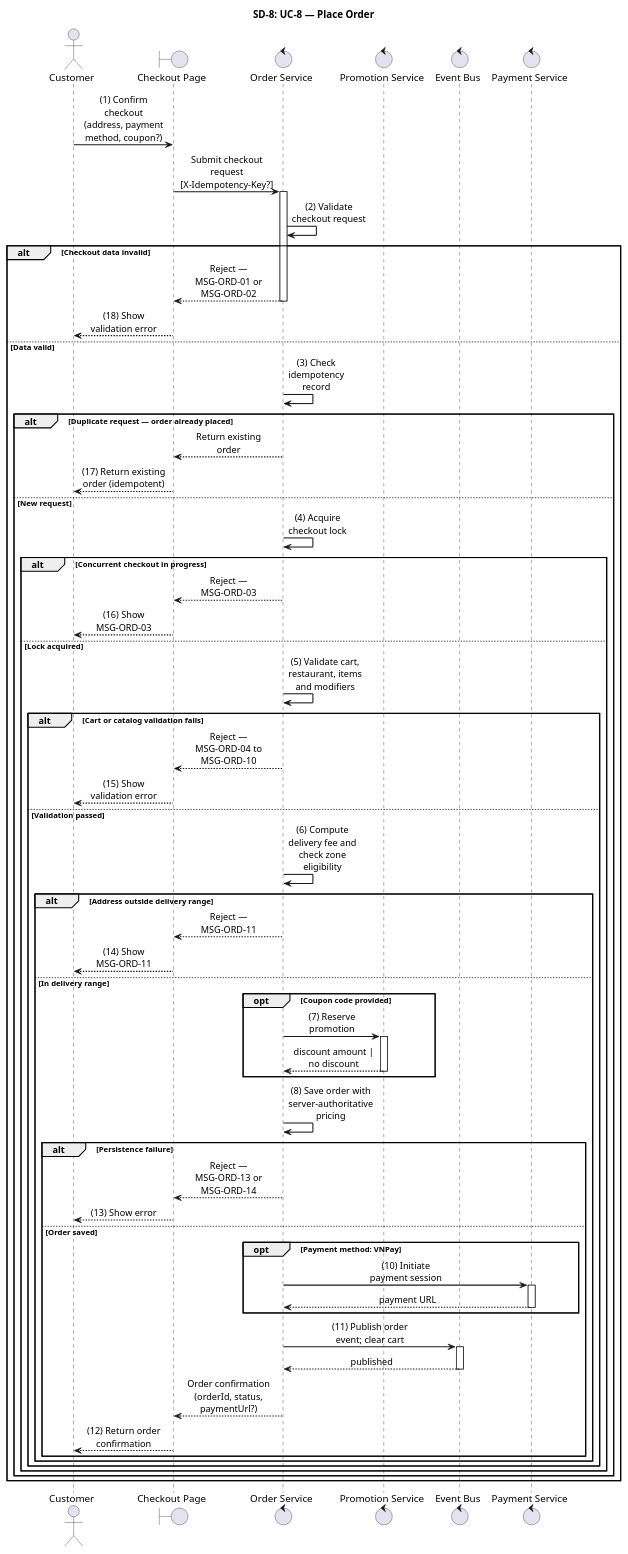
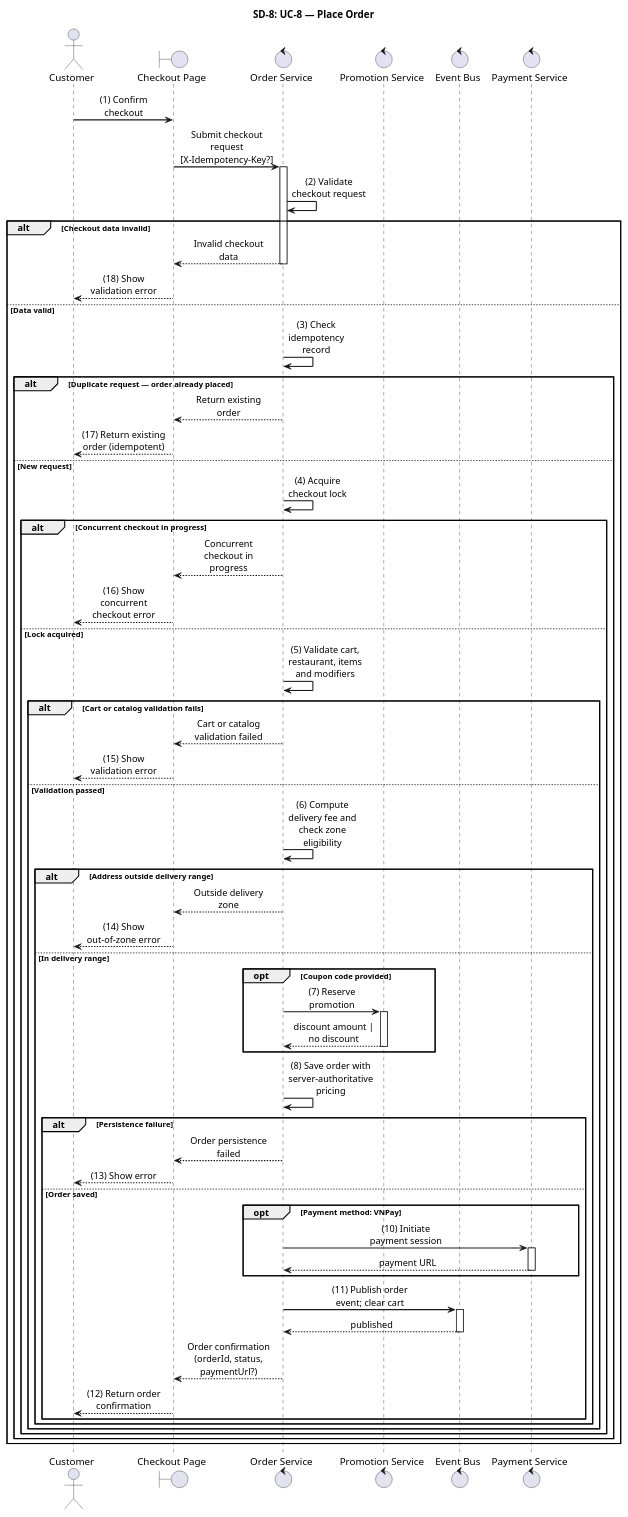
The eighth of 35 diagrams in apps/api/docs/Final_Documents/SRS_SequenceDiagrams.md (luubinhdeptrai/Food_Delivery), drawn with PlantUML before and after one commit. The commit also changed other lines of this file, not shown here.

Commit message:
complete sequence diagram

```diff
--- a/apps/api/docs/Final_Documents/SRS_SequenceDiagrams.md
+++ b/apps/api/docs/Final_Documents/SRS_SequenceDiagrams.md
@@ -608,14 +617,14 @@
 
 autonumber stop
 
-Actor -> UI : (1) Confirm checkout\n(address, payment method, coupon?)
+Actor -> UI : (1) Confirm checkout
 UI -> OrderSvc : Submit checkout request [X-Idempotency-Key?]
 activate OrderSvc
 
 OrderSvc -> OrderSvc : (2) Validate checkout request
 
 alt Checkout data invalid
-    OrderSvc --> UI : Reject — MSG-ORD-01 or MSG-ORD-02
+    OrderSvc --> UI : Invalid checkout data
     deactivate OrderSvc
     UI --> Actor : (18) Show validation error
 else Data valid
@@ -631,15 +640,15 @@
         OrderSvc -> OrderSvc : (4) Acquire checkout lock
 
         alt Concurrent checkout in progress
-            OrderSvc --> UI : Reject — MSG-ORD-03
+            OrderSvc --> UI : Concurrent checkout in progress
             deactivate OrderSvc
-            UI --> Actor : (16) Show MSG-ORD-03
+            UI --> Actor : (16) Show concurrent checkout error
         else Lock acquired
 
             OrderSvc -> OrderSvc : (5) Validate cart, restaurant, items and modifiers
 
             alt Cart or catalog validation fails
-                OrderSvc --> UI : Reject — MSG-ORD-04 to MSG-ORD-10
+                OrderSvc --> UI : Cart or catalog validation failed
                 deactivate OrderSvc
                 UI --> Actor : (15) Show validation error
             else Validation passed
@@ -647,9 +656,9 @@
                 OrderSvc -> OrderSvc : (6) Compute delivery fee and check zone eligibility
 
                 alt Address outside delivery range
-                    OrderSvc --> UI : Reject — MSG-ORD-11
+                    OrderSvc --> UI : Outside delivery zone
                     deactivate OrderSvc
-                    UI --> Actor : (14) Show MSG-ORD-11
+                    UI --> Actor : (14) Show out-of-zone error
                 else In delivery range
 
                     opt Coupon code provided
@@ -662,7 +671,7 @@
                     OrderSvc -> OrderSvc : (8) Save order with server-authoritative pricing
 
                     alt Persistence failure
-                        OrderSvc --> UI : Reject — MSG-ORD-13 or MSG-ORD-14
+                        OrderSvc --> UI : Order persistence failed
                         deactivate OrderSvc
                         UI --> Actor : (13) Show error
                     else Order saved
```
